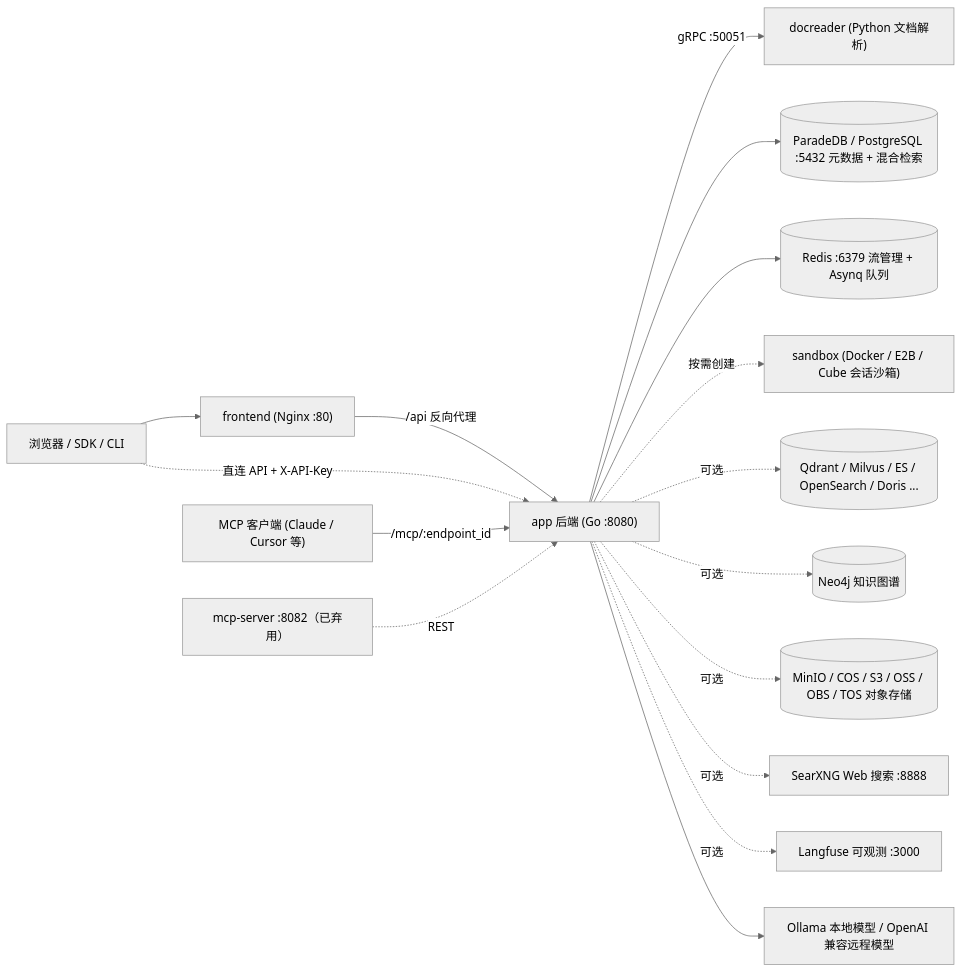
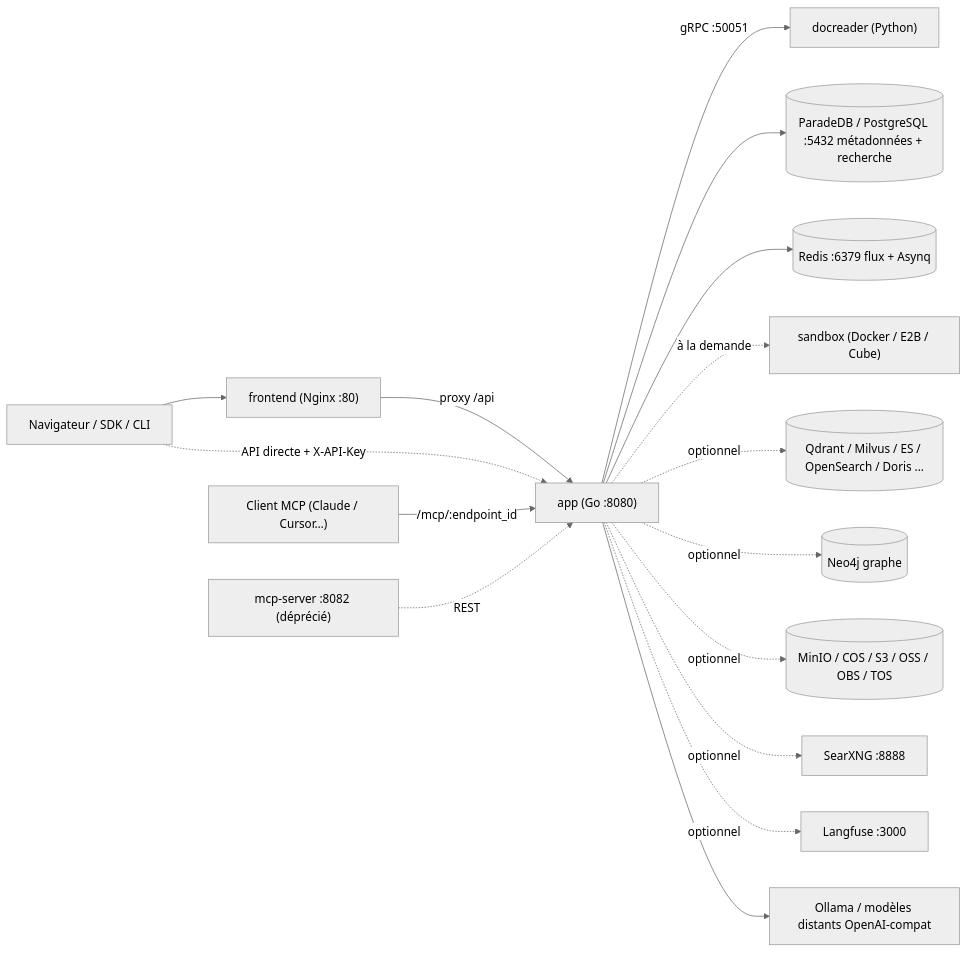
The second of 2 diagrams in website-docs/01-getting-started/01-introduction.md (samiriggui-code/gsms-template), drawn with Mermaid (neutral theme) before and after one commit. The commit also changed other lines of this file and 301 other files, not shown here.

````diff
--- a/website-docs/01-getting-started/01-introduction.md
+++ b/website-docs/01-getting-started/01-introduction.md
@@ -150,18 +150,18 @@
 ```mermaid
 flowchart LR
-    Browser["浏览器 / SDK / CLI"] --> FE["frontend (Nginx :80)"]
-    FE -- "/api 反向代理" --> APP["app 后端 (Go :8080)"]
-    Browser -. "直连 API + X-API-Key" .-> APP
-    APP -- "gRPC :50051" --> DR["docreader (Python 文档解析)"]
-    APP --> PG[("ParadeDB / PostgreSQL :5432 元数据 + 混合检索")]
-    APP --> RD[("Redis :6379 流管理 + Asynq 队列")]
-    APP -. "按需创建" .-> SB["sandbox (Docker / E2B / Cube 会话沙箱)"]
-    APP -. "可选" .-> VDB[("Qdrant / Milvus / ES / OpenSearch / Doris ...")]
-    APP -. "可选" .-> NEO[("Neo4j 知识图谱")]
-    APP -. "可选" .-> OSS[("MinIO / COS / S3 / OSS / OBS / TOS 对象存储")]
-    APP -. "可选" .-> SX["SearXNG Web 搜索 :8888"]
-    APP -. "可选" .-> LF["Langfuse 可观测 :3000"]
-    APP --> LLM["Ollama 本地模型 / OpenAI 兼容远程模型"]
-    MCPC["MCP 客户端 (Claude / Cursor 等)"] -- "/mcp/:endpoint_id" --> APP
-    MCPS["mcp-server :8082（已弃用）"] -. "REST" .-> APP
+    Browser["Navigateur / SDK / CLI"] --> FE["frontend (Nginx :80)"]
+    FE -- "proxy /api" --> APP["app (Go :8080)"]
+    Browser -. "API directe + X-API-Key" .-> APP
+    APP -- "gRPC :50051" --> DR["docreader (Python)"]
+    APP --> PG[("ParadeDB / PostgreSQL :5432 métadonnées + recherche")]
+    APP --> RD[("Redis :6379 flux + Asynq")]
+    APP -. "à la demande" .-> SB["sandbox (Docker / E2B / Cube)"]
+    APP -. "optionnel" .-> VDB[("Qdrant / Milvus / ES / OpenSearch / Doris ...")]
+    APP -. "optionnel" .-> NEO[("Neo4j graphe")]
+    APP -. "optionnel" .-> OSS[("MinIO / COS / S3 / OSS / OBS / TOS")]
+    APP -. "optionnel" .-> SX["SearXNG :8888"]
+    APP -. "optionnel" .-> LF["Langfuse :3000"]
+    APP --> LLM["Ollama / modèles distants OpenAI-compat"]
+    MCPC["Client MCP (Claude / Cursor…)"] -- "/mcp/:endpoint_id" --> APP
+    MCPS["mcp-server :8082 (déprécié)"] -. "REST" .-> APP
 ```
````
